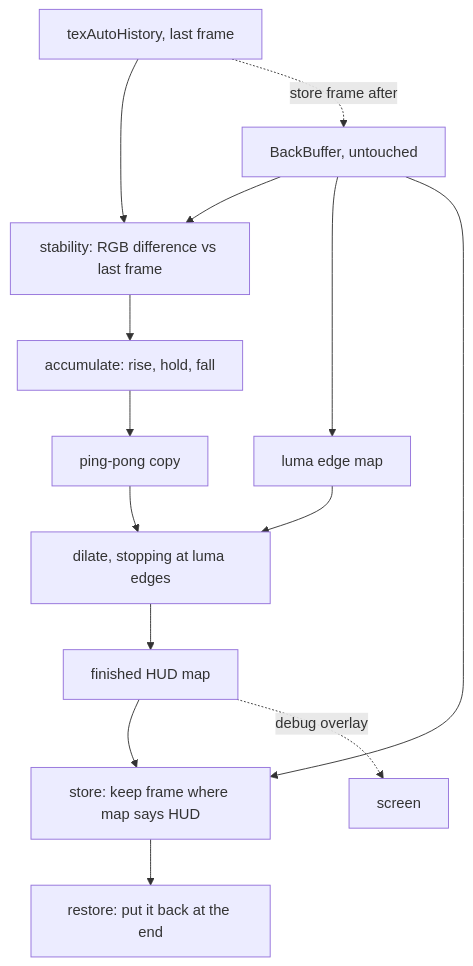
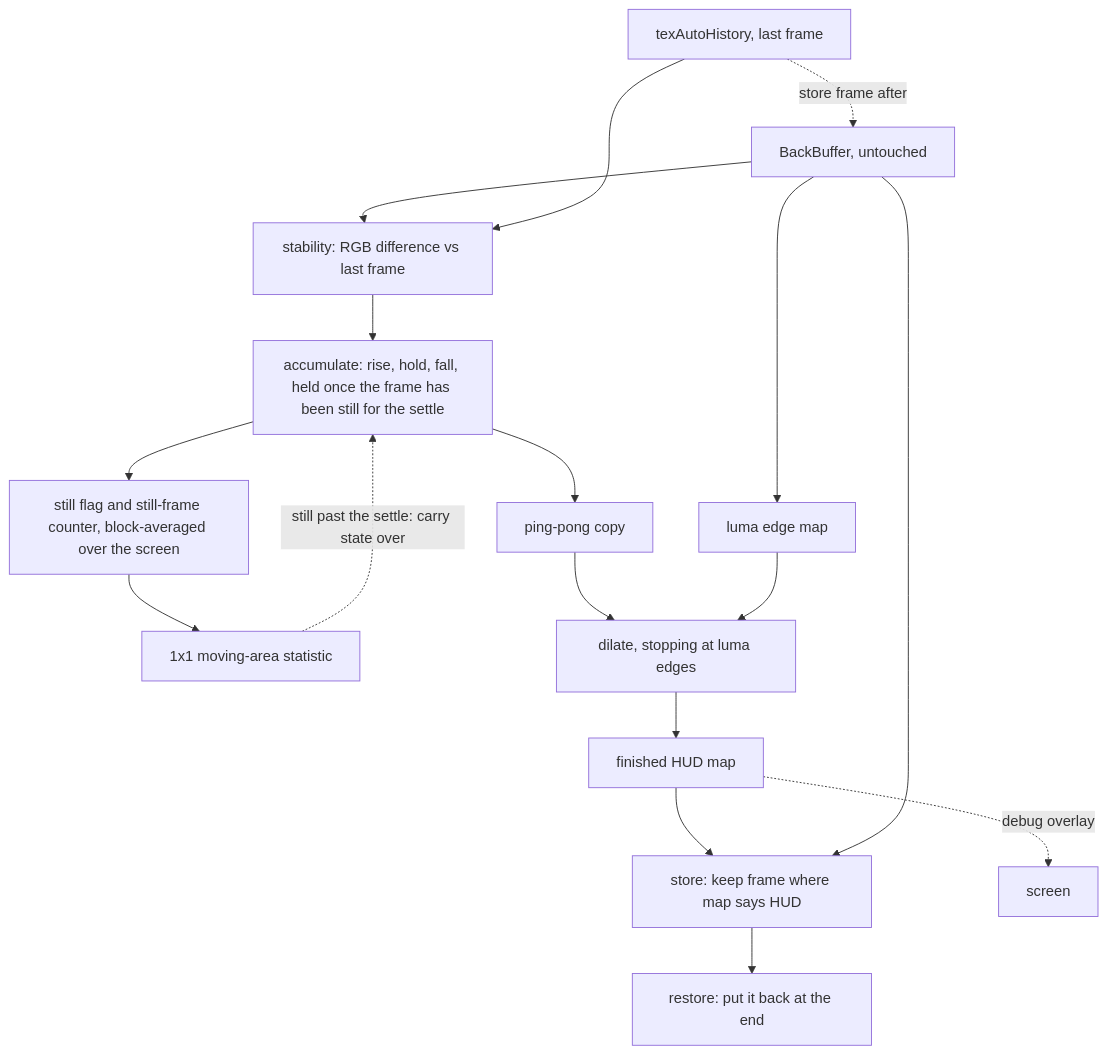
The diagram in .junie/plans/auto-mask-shader.md (facboy/auto-mask-shader), drawn with Mermaid before and after one commit. The commit also changed other lines of this file and 1 other file, not shown here.

First line of the commit message:
add a frame-wide stillness gate to the design plan

````diff
--- a/.junie/plans/auto-mask-shader.md
+++ b/.junie/plans/auto-mask-shader.md
@@ -84,16 +87,19 @@
 ```mermaid
 graph TD
   BB[BackBuffer, untouched] --> STB[stability: RGB difference vs last frame]
   HIST[texAutoHistory, last frame] --> STB
-  STB --> ACC[accumulate: rise, hold, fall]
+  STB --> ACC[accumulate: rise, hold, fall, held once the frame has been still for the settle]
+  ACC --> FLG[still flag and still-frame counter, block-averaged over the screen]
+  FLG --> MSTAT[1x1 moving-area statistic]
+  MSTAT -.->|still past the settle: carry state over| ACC
   ACC --> PP[ping-pong copy]
   PP --> DIL[dilate, stopping at luma edges]
   BB --> EDG[luma edge map]
   EDG --> DIL
   DIL --> MAP[finished HUD map]
   MAP --> STORE[store: keep frame where map says HUD]
   BB --> STORE
   STORE --> REST[restore: put it back at the end]
   HIST -.->|store frame after| BB
   MAP -.->|debug overlay| OUT[screen]
 ```
````
